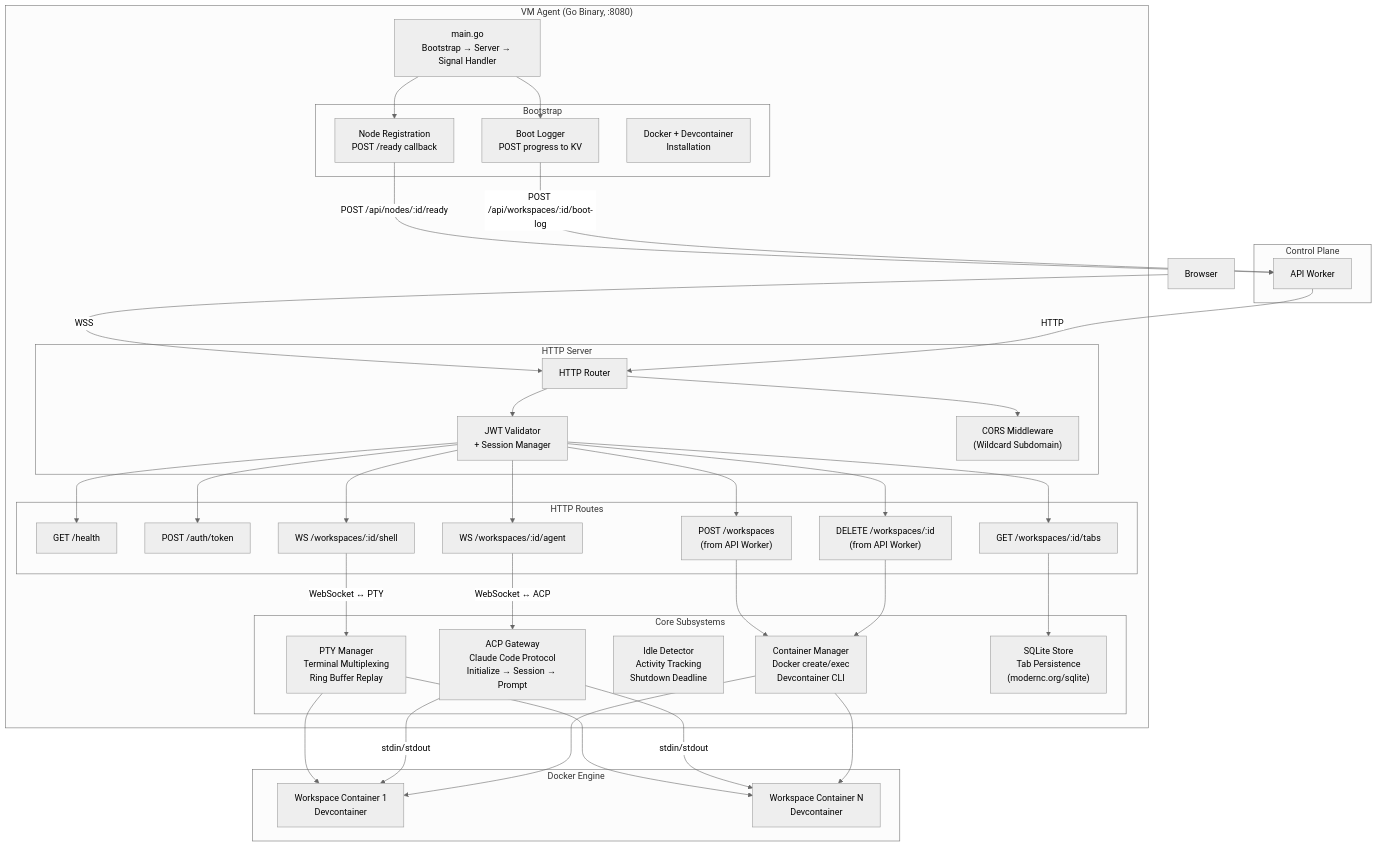
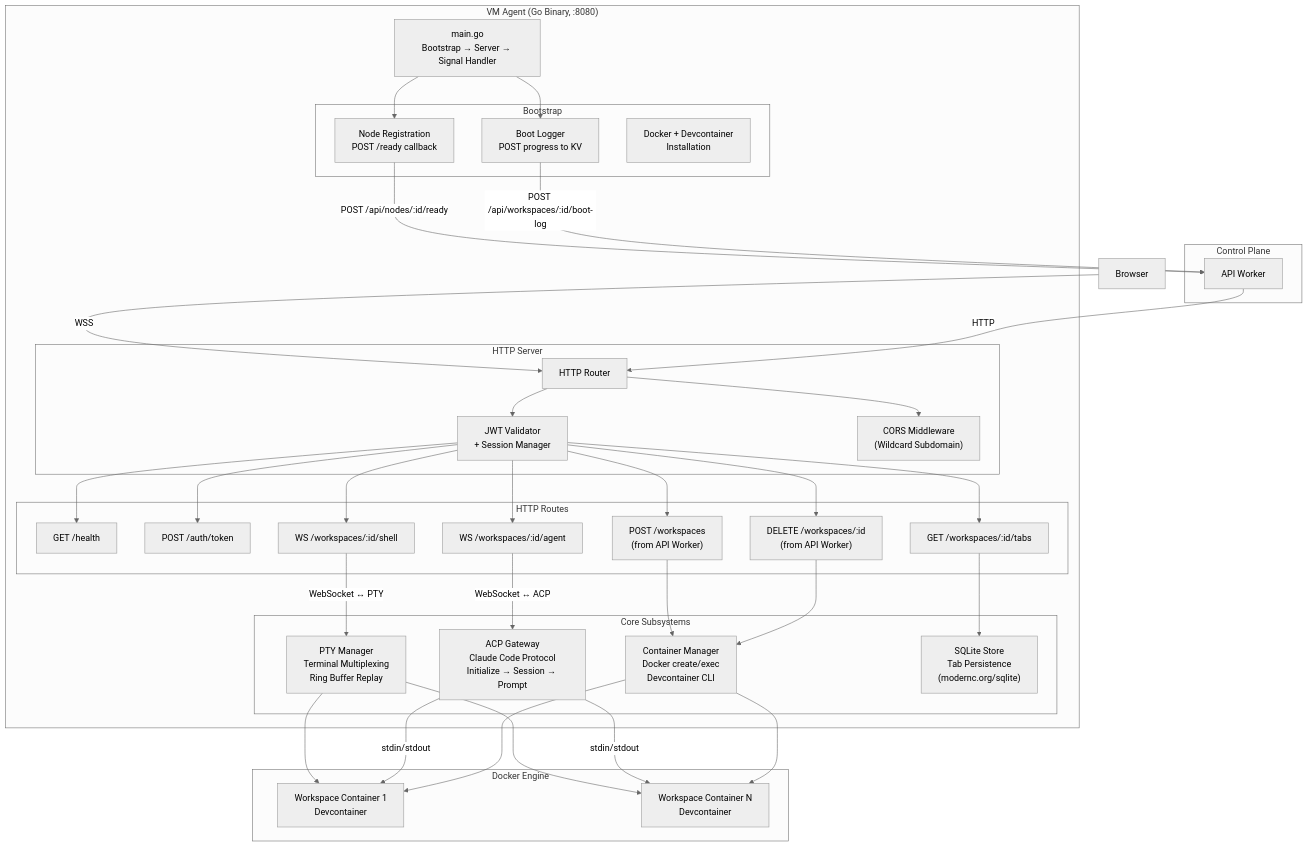
The sixth of 17 diagrams in docs/architecture/walkthrough.md (raphaeltm/simple-agent-manager), drawn with Mermaid (neutral theme) before and after one commit. The commit also changed other lines of this file and 52 other files, not shown here.

````diff
--- a/docs/architecture/walkthrough.md
+++ b/docs/architecture/walkthrough.md
@@ -386,66 +386,65 @@
 ```mermaid
 graph TB
     subgraph "VM Agent (Go Binary, :8080)"
         Main["main.go<br/>Bootstrap → Server → Signal Handler"]
 
         subgraph "HTTP Server"
             Router["HTTP Router"]
             AuthMw["JWT Validator<br/>+ Session Manager"]
             CORSMw["CORS Middleware<br/>(Wildcard Subdomain)"]
         end
 
         subgraph "Core Subsystems"
             PTYMgr["PTY Manager<br/>Terminal Multiplexing<br/>Ring Buffer Replay"]
             ContainerMgr["Container Manager<br/>Docker create/exec<br/>Devcontainer CLI"]
-            IdleDetect["Idle Detector<br/>Activity Tracking<br/>Shutdown Deadline"]
             ACPGateway["ACP Gateway<br/>Claude Code Protocol<br/>Initialize → Session → Prompt"]
             Persistence["SQLite Store<br/>Tab Persistence<br/>(modernc.org/sqlite)"]
         end
 
         subgraph "Bootstrap"
             BootLog["Boot Logger<br/>POST progress to KV"]
             NodeReg["Node Registration<br/>POST /ready callback"]
             DockerSetup["Docker + Devcontainer<br/>Installation"]
         end
 
         subgraph "HTTP Routes"
             HealthR["GET /health"]
             AuthR["POST /auth/token"]
             ShellR["WS /workspaces/:id/shell"]
             AgentR["WS /workspaces/:id/agent"]
             TabsR["GET /workspaces/:id/tabs"]
             WSCreateR["POST /workspaces<br/>(from API Worker)"]
             WSDeleteR["DELETE /workspaces/:id<br/>(from API Worker)"]
         end
     end
 
     subgraph "Docker Engine"
         DC1["Workspace Container 1<br/>Devcontainer"]
         DC2["Workspace Container N<br/>Devcontainer"]
     end
 
     subgraph "Control Plane"
         API["API Worker"]
     end
 
     Browser["Browser"] -->|"WSS"| Router
     API -->|"HTTP"| Router
     Router --> AuthMw
     Router --> CORSMw
     AuthMw --> HealthR & AuthR & ShellR & AgentR & TabsR & WSCreateR & WSDeleteR
 
     ShellR -->|"WebSocket ↔ PTY"| PTYMgr
     AgentR -->|"WebSocket ↔ ACP"| ACPGateway
     TabsR --> Persistence
     WSCreateR --> ContainerMgr
     WSDeleteR --> ContainerMgr
 
     PTYMgr --> DC1 & DC2
     ACPGateway -->|"stdin/stdout"| DC1 & DC2
     ContainerMgr --> DC1 & DC2
 
     Main --> BootLog
     Main --> NodeReg
     NodeReg -->|"POST /api/nodes/:id/ready"| API
     BootLog -->|"POST /api/workspaces/:id/boot-log"| API
 ```
````
